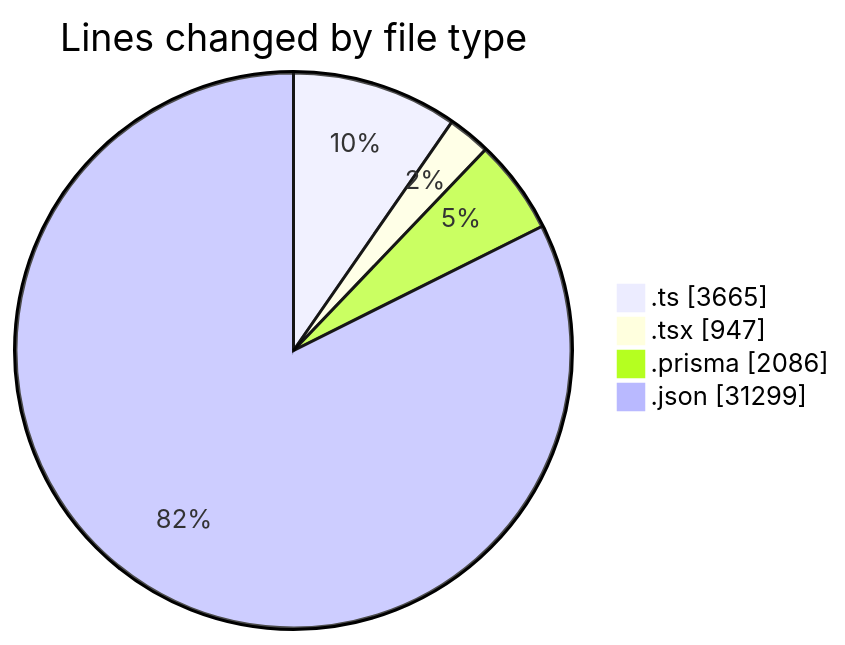
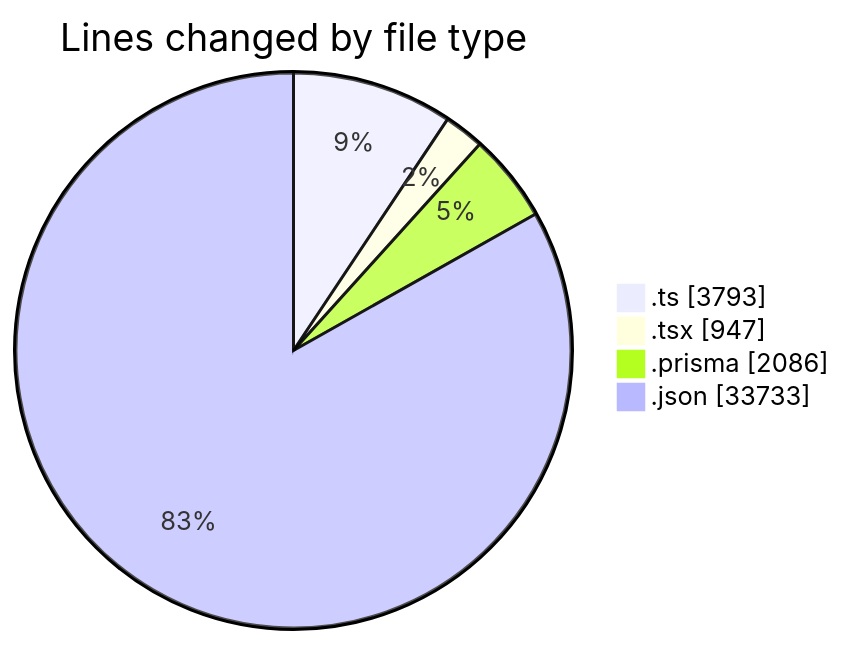
Before and after one commit to CELIANVF/code-tracking: the first of 2 diagrams in 2025-05-19/ecodeli-1/README.md, drawn with Mermaid. The commit also changed other lines of this file and 1 other file, not shown here.

````diff
--- a/2025-05-19/ecodeli-1/README.md
+++ b/2025-05-19/ecodeli-1/README.md
@@ -32,8 +35,8 @@
 ```mermaid
 pie showData
 title Lines changed by file type
-".ts" : 3665
+".ts" : 3793
 ".tsx" : 947
 ".prisma" : 2086
-".json" : 31299
+".json" : 33733
 ```
````
